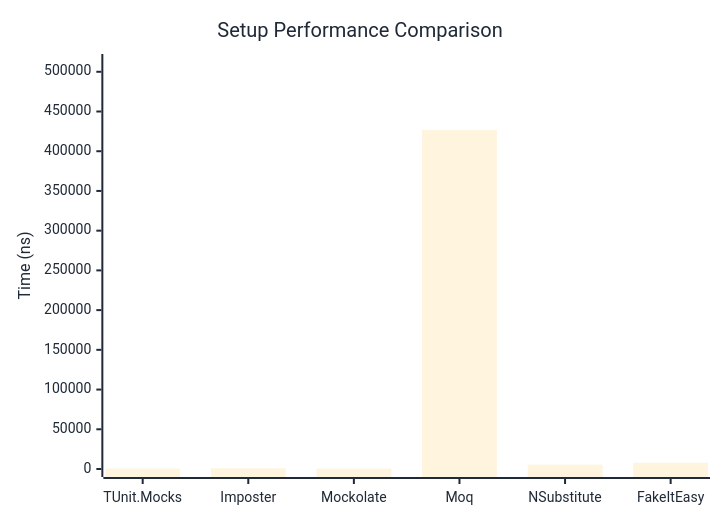
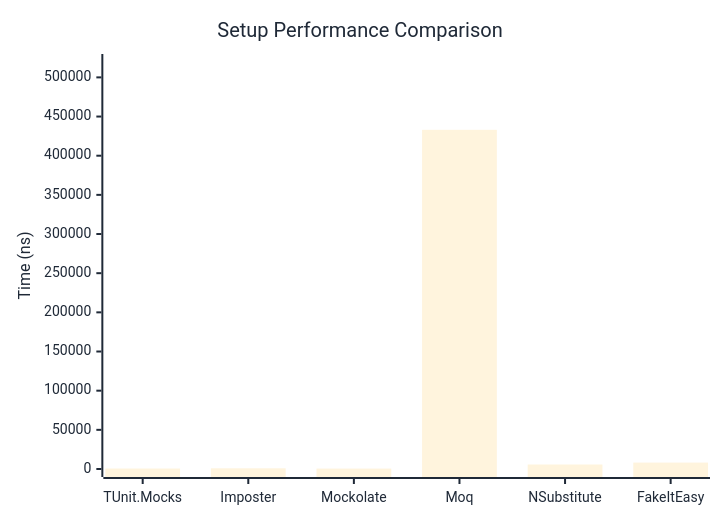
The first of 2 diagrams in docs/docs/benchmarks/mocks/Setup.md (thomhurst/TUnit), drawn with Mermaid before and after one commit. The commit also changed other lines of this file and 14 other files, not shown here.

````diff
--- a/docs/docs/benchmarks/mocks/Setup.md
+++ b/docs/docs/benchmarks/mocks/Setup.md
@@ -28,27 +28,27 @@
 ```mermaid
 %%{init: {
   'theme':'base',
   'themeVariables': {
     'primaryColor': '#2563eb',
     'primaryTextColor': '#1f2937',
     'primaryBorderColor': '#1e40af',
     'lineColor': '#6b7280',
     'secondaryColor': '#7c3aed',
     'tertiaryColor': '#dc2626',
     'background': '#ffffff',
     'pie1': '#2563eb',
     'pie2': '#7c3aed',
     'pie3': '#dc2626',
     'pie4': '#f59e0b',
     'pie5': '#10b981',
     'pie6': '#06b6d4',
     'pie7': '#ec4899',
     'pie8': '#6366f1'
   }
 }}%%
 xychart-beta
   title "Setup Performance Comparison"
   x-axis ["TUnit.Mocks", "Imposter", "Mockolate", "Moq", "NSubstitute", "FakeItEasy"]
-  y-axis "Time (ns)" 0 --> 512316
-  bar [537.9, 807.6, 443.5, 426929.6, 5439.6, 7932.6]
+  y-axis "Time (ns)" 0 --> 519636
+  bar [605.2, 889.7, 534.2, 433029.3, 5727.9, 8193.3]
 ```
````
